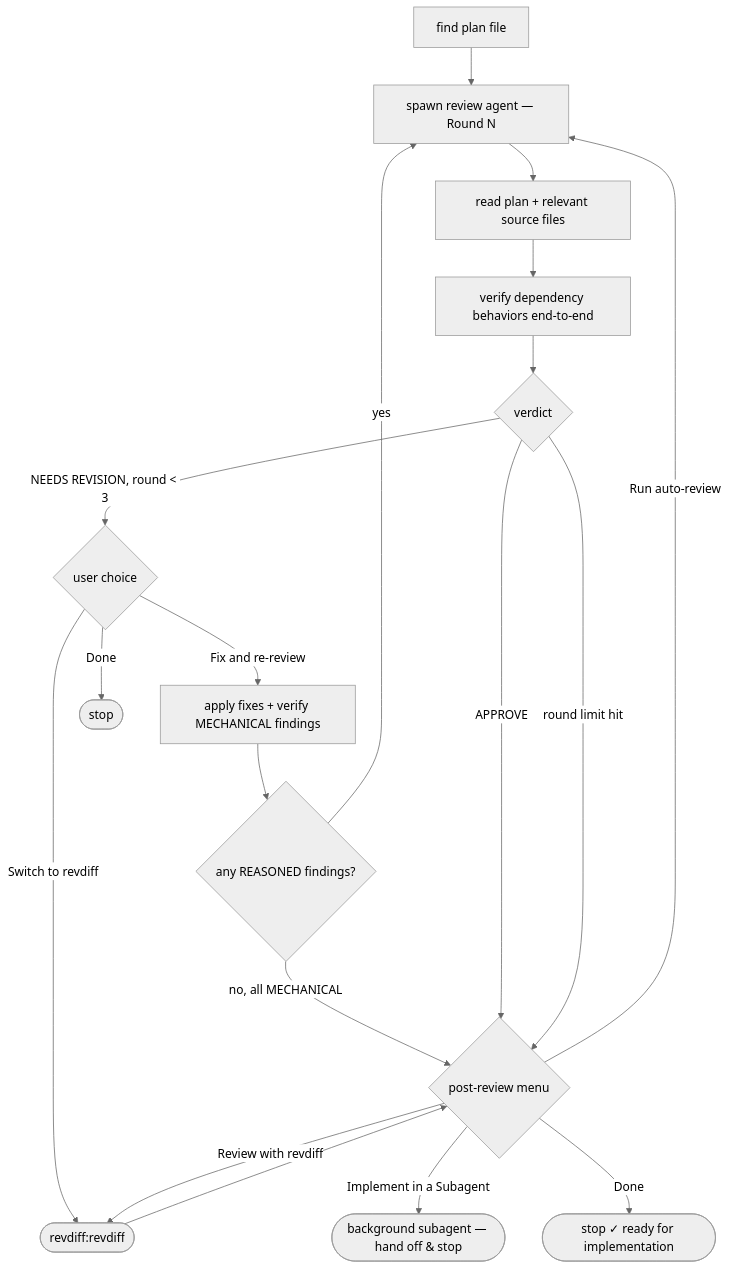
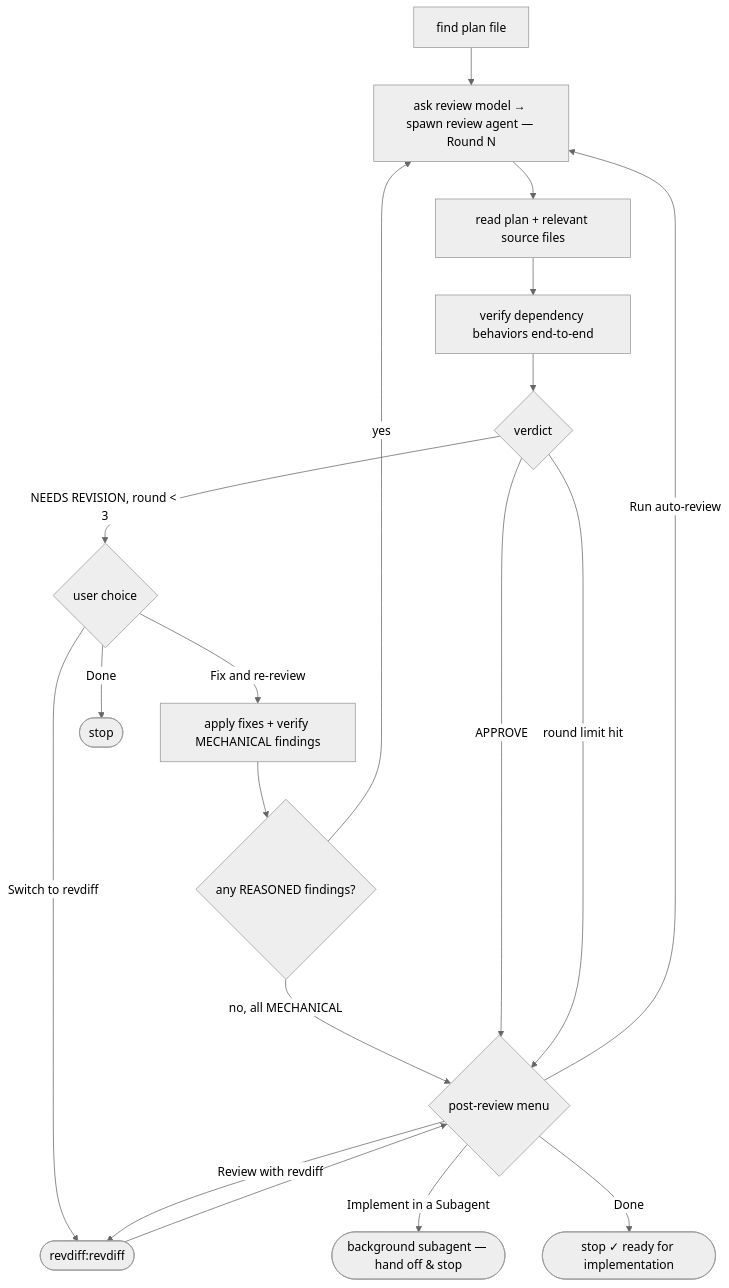
One commit to parMaster/claude-dlc changed the third of 4 diagrams in README.md. Above: the diagram before and after it, drawn with Mermaid (neutral theme). The commit also changed other lines of this file and 5 other files, not shown here.

First line of the commit message:
feat: let review-plan pick the review model; sharpen plain-words rule

````diff
--- a/README.md
+++ b/README.md
@@ -108,21 +108,21 @@
 ```mermaid
 flowchart TD
-    A["find plan file"] --> B["spawn review agent — Round N"]
+    A["find plan file"] --> B["ask review model → spawn review agent — Round N"]
     B --> C["read plan + relevant source files"]
     C --> D["verify dependency behaviors end-to-end"]
     D --> E{"verdict"}
     E -->|"NEEDS REVISION, round < 3"| G{"user choice"}
     G -->|"Fix and re-review"| H["apply fixes + verify MECHANICAL findings"]
     H --> H2{"any REASONED findings?"}
     H2 -->|yes| B
     H2 -->|"no, all MECHANICAL"| M
     G -->|"Switch to revdiff"| RD(["revdiff:revdiff"])
     G -->|Done| STOP(["stop"])
     E -->|APPROVE| M{"post-review menu"}
     E -->|"round limit hit"| M
     M -->|"Run auto-review"| B
     M -->|"Review with revdiff"| RD
     RD --> M
     M -->|"Implement in a Subagent"| SUB(["background subagent — hand off & stop"])
     M -->|Done| STOP2(["stop ✓ ready for implementation"])
 ```
````
